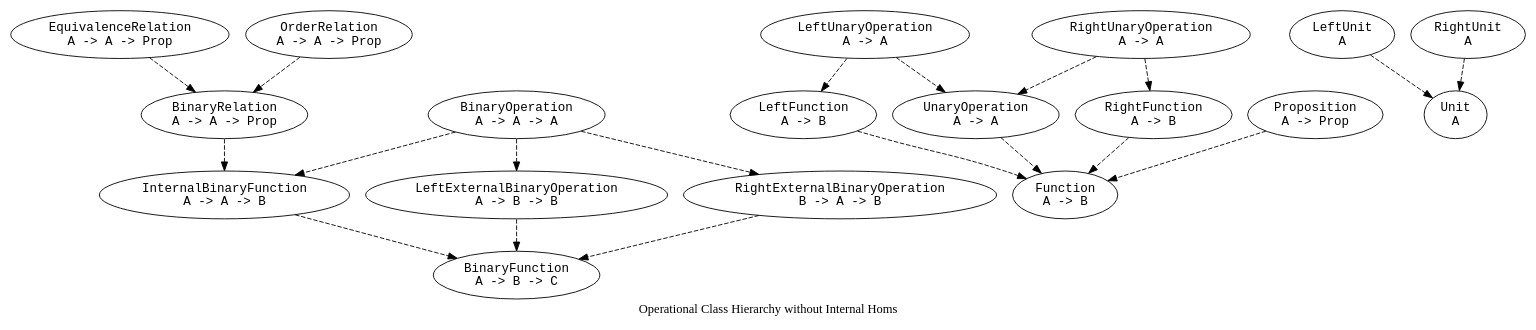
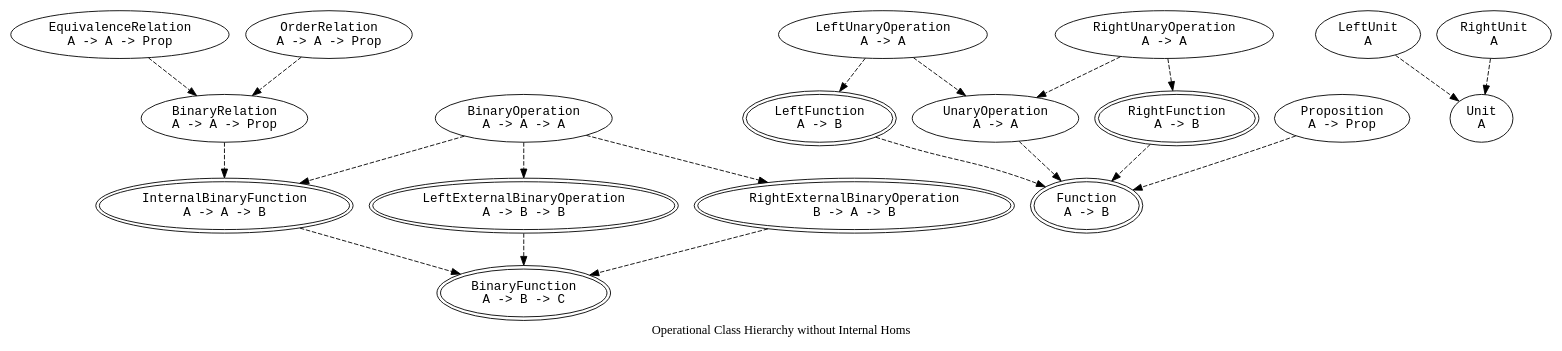
The diagram in bird/has.dot (Tuplanolla/dez), drawn with Graphviz before and after one commit. The commit also changed 19 other files, not shown here.

```diff
--- a/bird/has.dot
+++ b/bird/has.dot
@@ -1,46 +1,57 @@
 digraph Has {
   label = "Operational Class Hierarchy without Internal Homs"
 
   node [fontname = monospace]
 
-  BinFn [label = "BinaryFunction\nA -> B -> C"]
-  BinOp [label = "BinaryOperation\nA -> A -> A"]
-  BinRel [label = "BinaryRelation\nA -> A -> Prop"]
-  EqRel [label = "EquivalenceRelation\nA -> A -> Prop"]
-  Fn [label = "Function\nA -> B"]
-  IntBinFn [label = "InternalBinaryFunction\nA -> A -> B"]
-  LExtBinOp [label = "LeftExternalBinaryOperation\nA -> B -> B"]
-  LFn [label = "LeftFunction\nA -> B"]
-  LUn [label = "LeftUnit\nA"]
-  LUnOp [label = "LeftUnaryOperation\nA -> A"]
-  OrdRel [label = "OrderRelation\nA -> A -> Prop"]
-  Prop [label = "Proposition\nA -> Prop"]
-  RExtBinOp [label = "RightExternalBinaryOperation\nB -> A -> B"]
-  RFn [label = "RightFunction\nA -> B"]
-  RUn [label = "RightUnit\nA"]
-  RUnOp [label = "RightUnaryOperation\nA -> A"]
-  Un [label = "Unit\nA"]
-  UnOp [label = "UnaryOperation\nA -> A"]
+  subgraph ManySorted {
+    label = "ManySorted"
+
+    node [peripheries = 2]
+
+    BinFn [label = "BinaryFunction\nA -> B -> C"]
+    Fn [label = "Function\nA -> B"]
+    IntBinFn [label = "InternalBinaryFunction\nA -> A -> B"]
+    LExtBinOp [label = "LeftExternalBinaryOperation\nA -> B -> B"]
+    LFn [label = "LeftFunction\nA -> B"]
+    RExtBinOp [label = "RightExternalBinaryOperation\nB -> A -> B"]
+    RFn [label = "RightFunction\nA -> B"]
+  }
+
+  subgraph OneSorted {
+    label = "OneSorted"
+
+    BinOp [label = "BinaryOperation\nA -> A -> A"]
+    BinRel [label = "BinaryRelation\nA -> A -> Prop"]
+    EqRel [label = "EquivalenceRelation\nA -> A -> Prop"]
+    LUn [label = "LeftUnit\nA"]
+    LUnOp [label = "LeftUnaryOperation\nA -> A"]
+    OrdRel [label = "OrderRelation\nA -> A -> Prop"]
+    Prop [label = "Proposition\nA -> Prop"]
+    RUn [label = "RightUnit\nA"]
+    RUnOp [label = "RightUnaryOperation\nA -> A"]
+    Un [label = "Unit\nA"]
+    UnOp [label = "UnaryOperation\nA -> A"]
+  }
 
   edge [style = dashed]
 
   BinOp -> IntBinFn
   BinOp -> LExtBinOp
   BinOp -> RExtBinOp
   BinRel -> IntBinFn
   EqRel -> BinRel
   IntBinFn -> BinFn
   LExtBinOp -> BinFn
   LFn -> Fn
   LUn -> Un
   LUnOp -> LFn
   LUnOp -> UnOp
   OrdRel -> BinRel
   Prop -> Fn
   RExtBinOp -> BinFn
   RFn -> Fn
   RUn -> Un
   RUnOp -> RFn
   RUnOp -> UnOp
   UnOp -> Fn
 }
```
